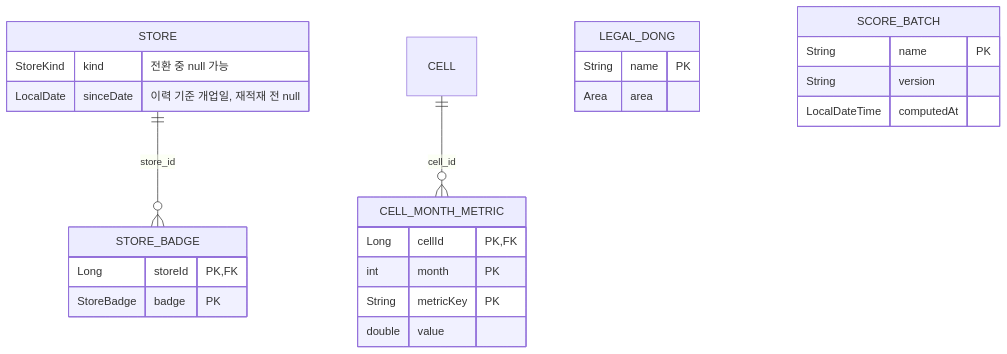
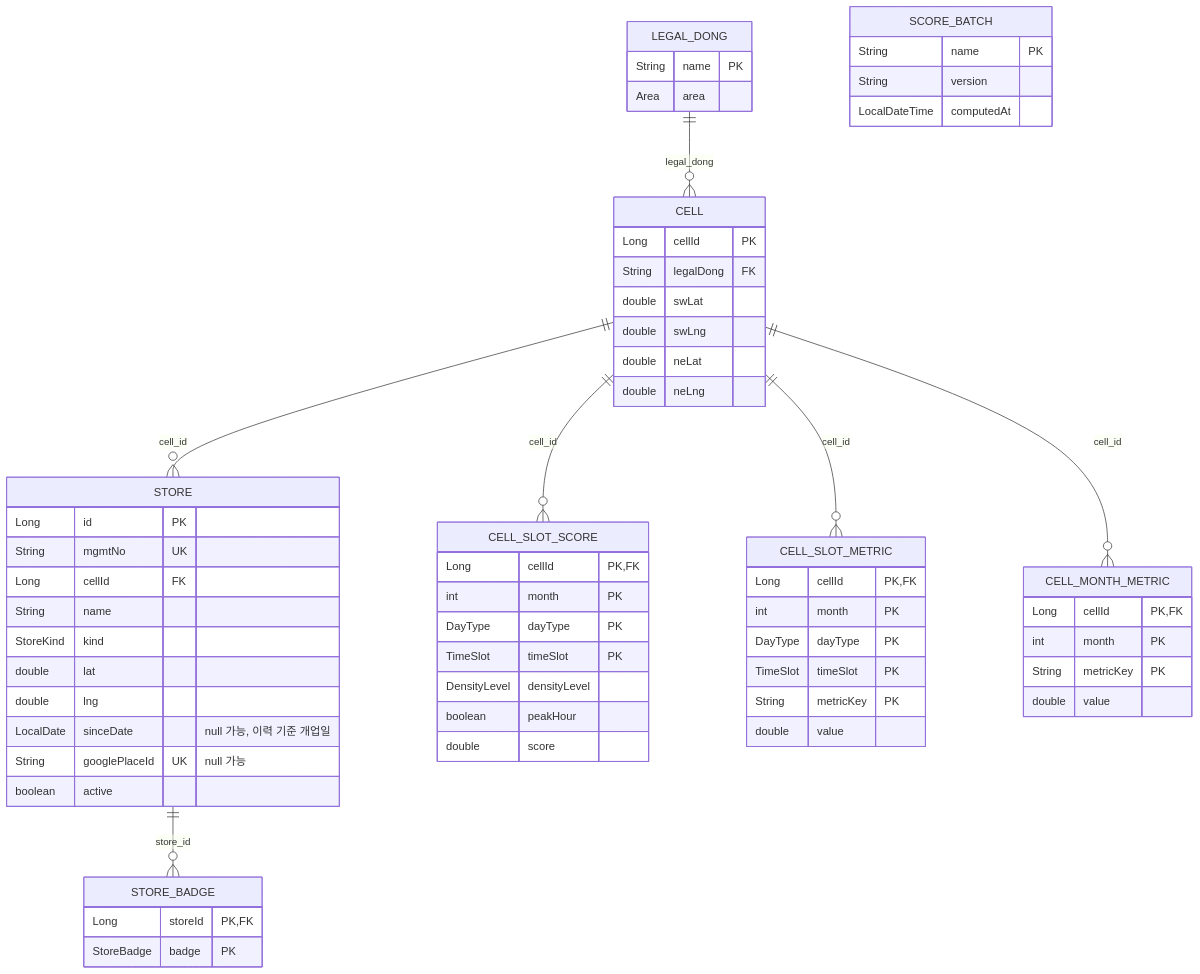
The diagram in docs/ERD.md (SW-odyssey/BE), drawn with Mermaid before and after one commit. The commit also changed other lines of this file and 36 other files, not shown here.

````diff
--- a/docs/ERD.md
+++ b/docs/ERD.md
@@ -6,28 +6,66 @@
 ```mermaid
 erDiagram
+    LEGAL_DONG ||--o{ CELL : legal_dong
+    CELL ||--o{ STORE : cell_id
     STORE ||--o{ STORE_BADGE : store_id
+    CELL ||--o{ CELL_SLOT_SCORE : cell_id
+    CELL ||--o{ CELL_SLOT_METRIC : cell_id
     CELL ||--o{ CELL_MONTH_METRIC : cell_id
+
     LEGAL_DONG {
         String name PK
         Area area
     }
+    CELL {
+        Long cellId PK
+        String legalDong FK
+        double swLat
+        double swLng
+        double neLat
+        double neLng
+    }
     STORE {
-        StoreKind kind "전환 중 null 가능"
-        LocalDate sinceDate "이력 기준 개업일, 재적재 전 null"
+        Long id PK
+        String mgmtNo UK
+        Long cellId FK
+        String name
+        StoreKind kind
+        double lat
+        double lng
+        LocalDate sinceDate "null 가능, 이력 기준 개업일"
+        String googlePlaceId UK "null 가능"
+        boolean active
     }
     STORE_BADGE {
         Long storeId PK,FK
         StoreBadge badge PK
+    }
+    CELL_SLOT_SCORE {
+        Long cellId PK,FK
+        int month PK
+        DayType dayType PK
+        TimeSlot timeSlot PK
+        DensityLevel densityLevel
+        boolean peakHour
+        double score
+    }
+    CELL_SLOT_METRIC {
+        Long cellId PK,FK
+        int month PK
+        DayType dayType PK
+        TimeSlot timeSlot PK
+        String metricKey PK
+        double value
     }
     CELL_MONTH_METRIC {
         Long cellId PK,FK
         int month PK
         String metricKey PK
         double value
     }
     SCORE_BATCH {
         String name PK
         String version
         LocalDateTime computedAt
     }
 ```
````
